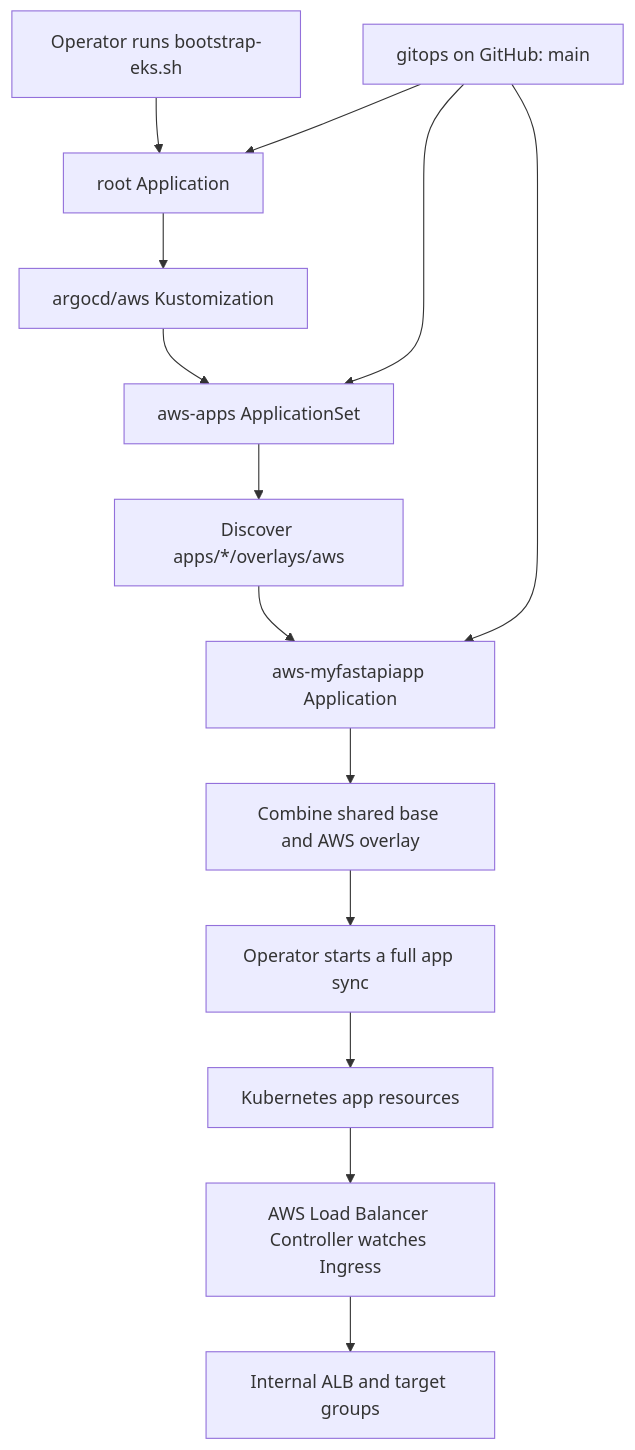
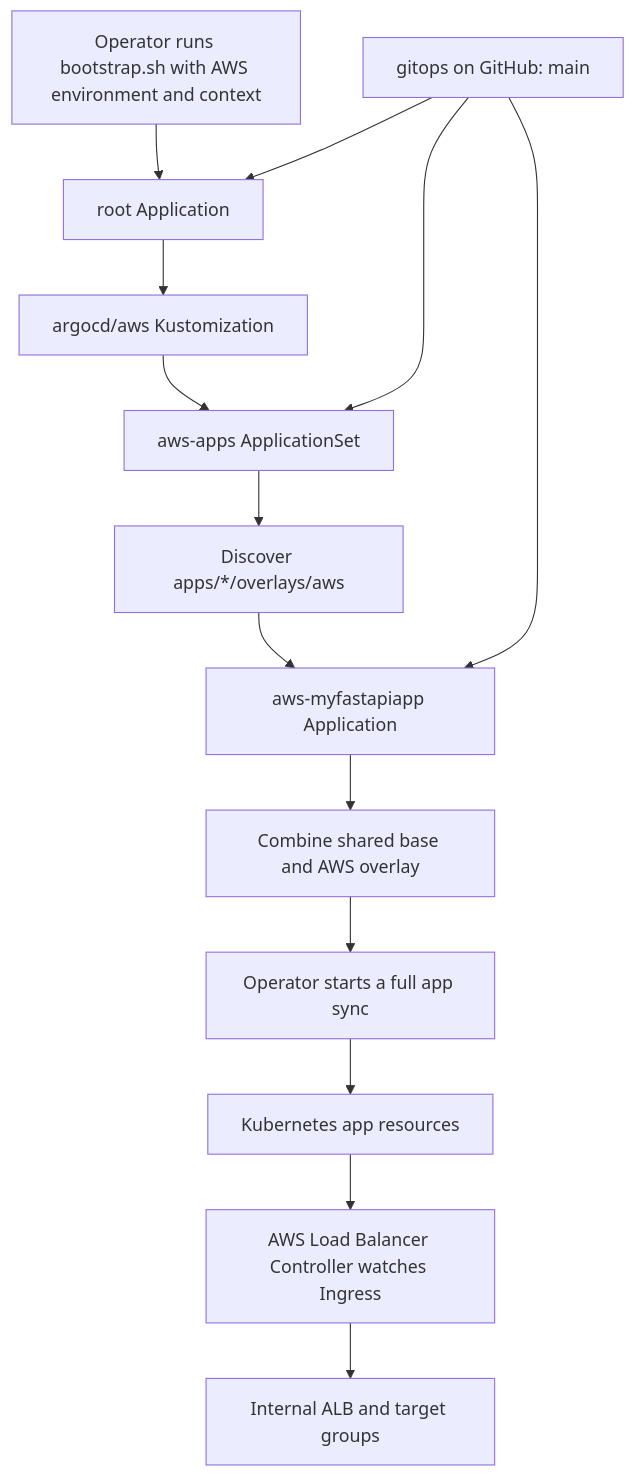
Before and after one commit to pquarg/gitops: the first of 2 diagrams in docs/aws/architecture.md, drawn with Mermaid. The commit also changed other lines of this file and 33 other files, not shown here.

````diff
--- a/docs/aws/architecture.md
+++ b/docs/aws/architecture.md
@@ -33,16 +33,16 @@
 ```mermaid
 flowchart TD
-    Operator[Operator runs bootstrap-eks.sh] --> Root[root Application]
+    Operator[Operator runs bootstrap.sh with AWS environment and context] --> Root[root Application]
     Git[gitops on GitHub: main] --> Root
     Root --> Registrations[argocd/aws Kustomization]
     Registrations --> AppSet[aws-apps ApplicationSet]
     Git --> AppSet
     AppSet --> Discovery[Discover apps/*/overlays/aws]
     Discovery --> App[aws-myfastapiapp Application]
     Git --> App
     App --> Render[Combine shared base and AWS overlay]
     Render --> Sync[Operator starts a full app sync]
     Sync --> Resources[Kubernetes app resources]
     Resources --> Controller[AWS Load Balancer Controller watches Ingress]
     Controller --> ALB[Internal ALB and target groups]
 ```
````
